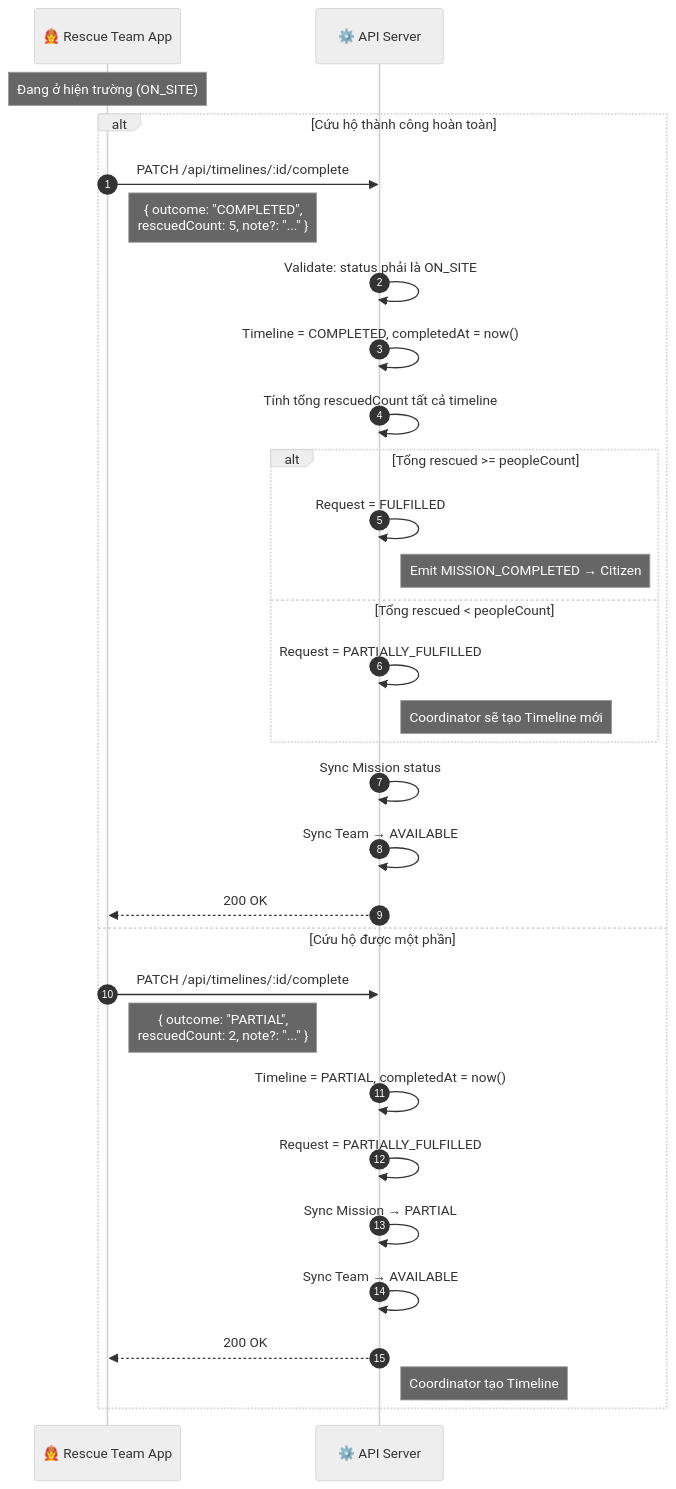
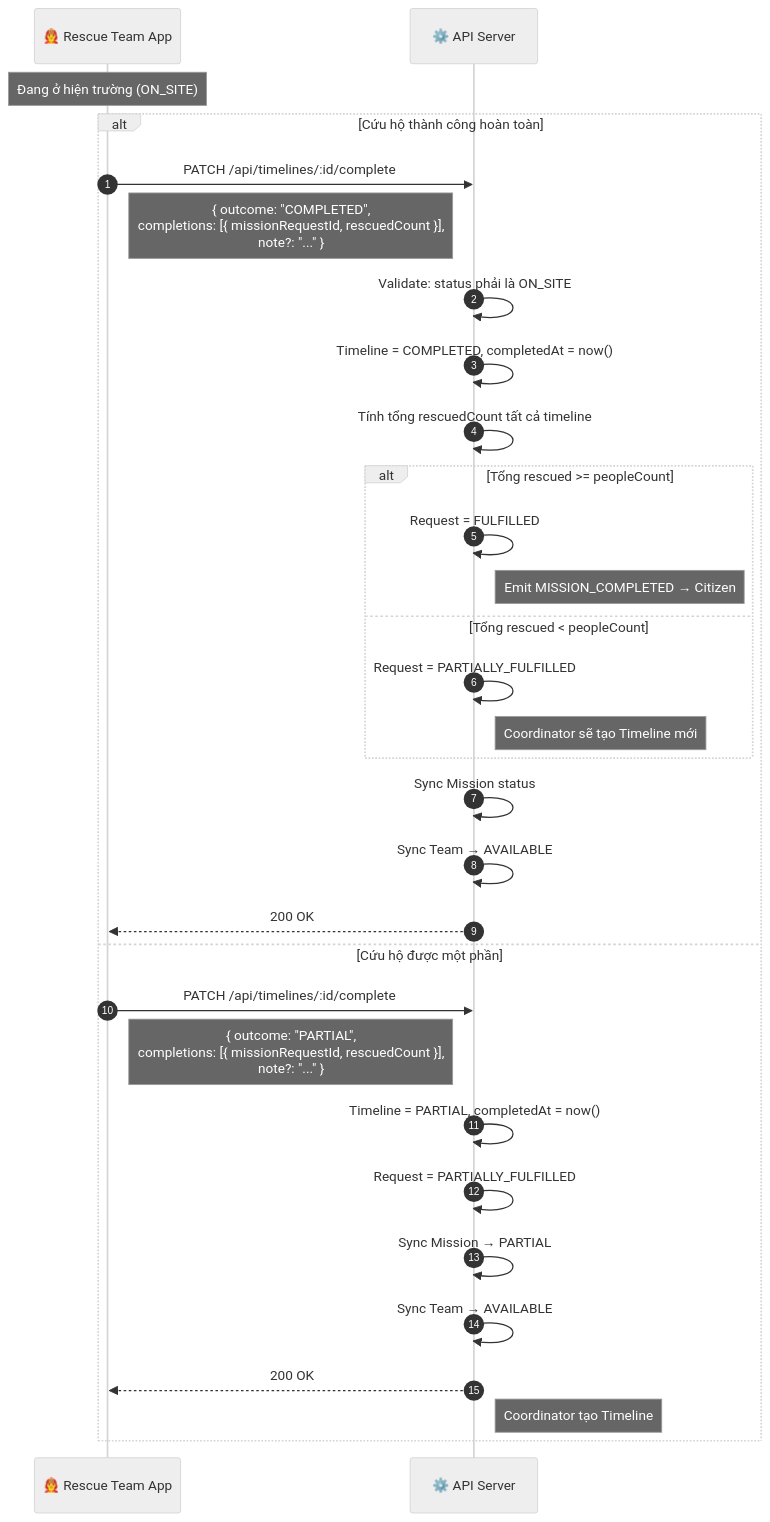
One commit to phuonganh1609/flood_rescue changed the sixth of 10 diagrams in docs/flows/Team_flows.md. Above: the diagram before and after it, drawn with Mermaid (neutral theme). The commit also changed other lines of this file and 11 other files, not shown here.

Commit message:
feat: sửa gì ko nhớ nữa, gì đó về timeline và mission

````diff
--- a/docs/flows/Team_flows.md
+++ b/docs/flows/Team_flows.md
@@ -186,40 +188,40 @@
 ```mermaid
 sequenceDiagram
     autonumber
     participant Team as 👨‍🚒 Rescue Team App
     participant API as ⚙️ API Server
 
     Note over Team: Đang ở hiện trường (ON_SITE)
 
     alt Cứu hộ thành công hoàn toàn
         Team->>API: PATCH /api/timelines/:id/complete
-        Note right of Team: { outcome: "COMPLETED",<br/>rescuedCount: 5, note?: "..." }
+        Note right of Team: { outcome: "COMPLETED",<br/>completions: [{ missionRequestId, rescuedCount }],<br/>note?: "..." }
 
         API->>API: Validate: status phải là ON_SITE
         API->>API: Timeline = COMPLETED, completedAt = now()
         API->>API: Tính tổng rescuedCount tất cả timeline
 
         alt Tổng rescued >= peopleCount
             API->>API: Request = FULFILLED
             Note right of API: Emit MISSION_COMPLETED → Citizen
         else Tổng rescued < peopleCount
             API->>API: Request = PARTIALLY_FULFILLED
             Note right of API: Coordinator sẽ tạo Timeline mới
         end
 
         API->>API: Sync Mission status
         API->>API: Sync Team → AVAILABLE
         API-->>Team: 200 OK
 
     else Cứu hộ được một phần
         Team->>API: PATCH /api/timelines/:id/complete
-        Note right of Team: { outcome: "PARTIAL",<br/>rescuedCount: 2, note?: "..." }
+        Note right of Team: { outcome: "PARTIAL",<br/>completions: [{ missionRequestId, rescuedCount }],<br/>note?: "..." }
 
         API->>API: Timeline = PARTIAL, completedAt = now()
         API->>API: Request = PARTIALLY_FULFILLED
         API->>API: Sync Mission → PARTIAL
         API->>API: Sync Team → AVAILABLE
         API-->>Team: 200 OK
         Note right of API: Coordinator tạo Timeline #2 cho team mới
     end
 ```
````
